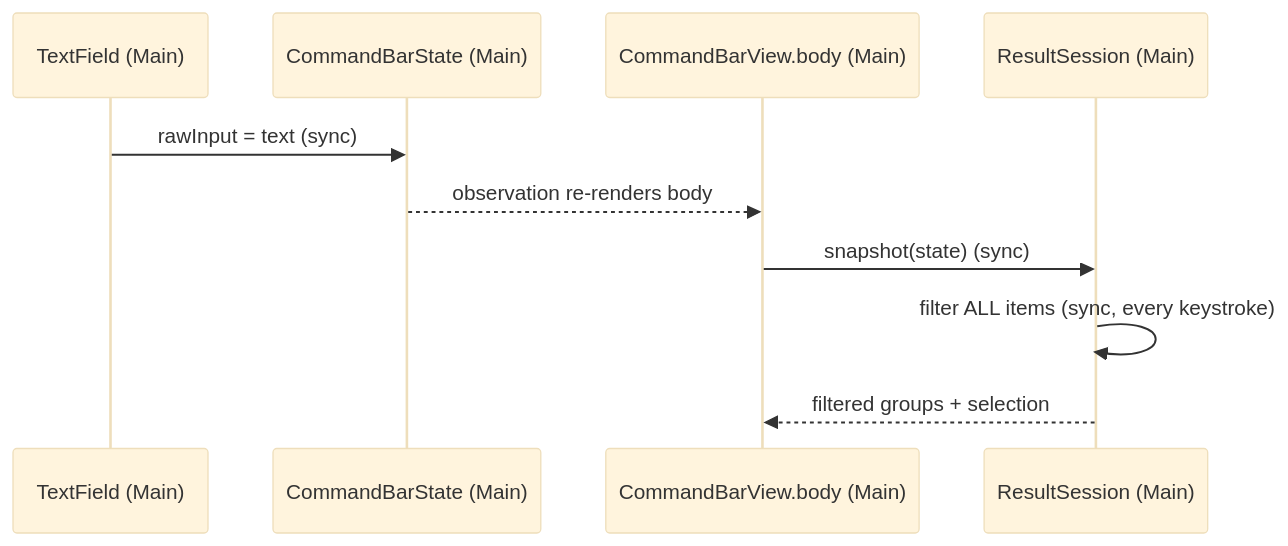
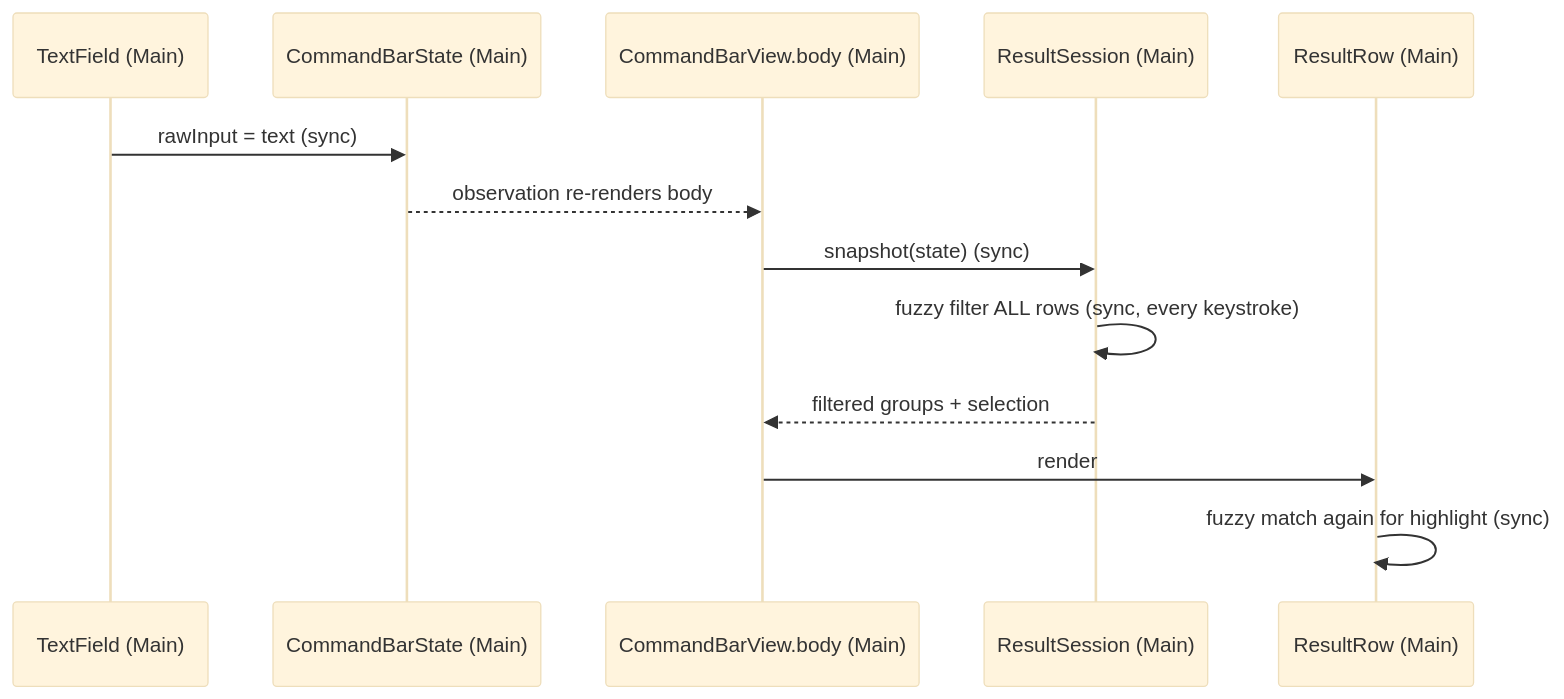
One commit to ShravanSunder/agentstudio changed the second of 4 diagrams in docs/specs/2026-09-26-find-search-service/2026-09-26-find-search-service-program-design.md. Above: the diagram before and after it, drawn with Mermaid (base theme). The commit also changed other lines of this file and 2 other files, not shown here.

Commit message:
Switch Find to SQLite substring search over command-bar rows and address design review

````diff
--- a/docs/specs/2026-09-26-find-search-service/2026-09-26-find-search-service-program-design.md
+++ b/docs/specs/2026-09-26-find-search-service/2026-09-26-find-search-service-program-design.md
@@ -120,12 +118,15 @@
 ```mermaid
 sequenceDiagram
   participant TF as TextField (Main)
   participant ST as CommandBarState (Main)
   participant V as CommandBarView.body (Main)
   participant RS as ResultSession (Main)
+  participant ROW as ResultRow (Main)
   TF->>ST: rawInput = text (sync)
   ST-->>V: observation re-renders body
   V->>RS: snapshot(state) (sync)
-  RS->>RS: filter ALL items (sync, every keystroke)
+  RS->>RS: fuzzy filter ALL rows (sync, every keystroke)
   RS-->>V: filtered groups + selection
+  V->>ROW: render
+  ROW->>ROW: fuzzy match again for highlight (sync)
 ```
````
